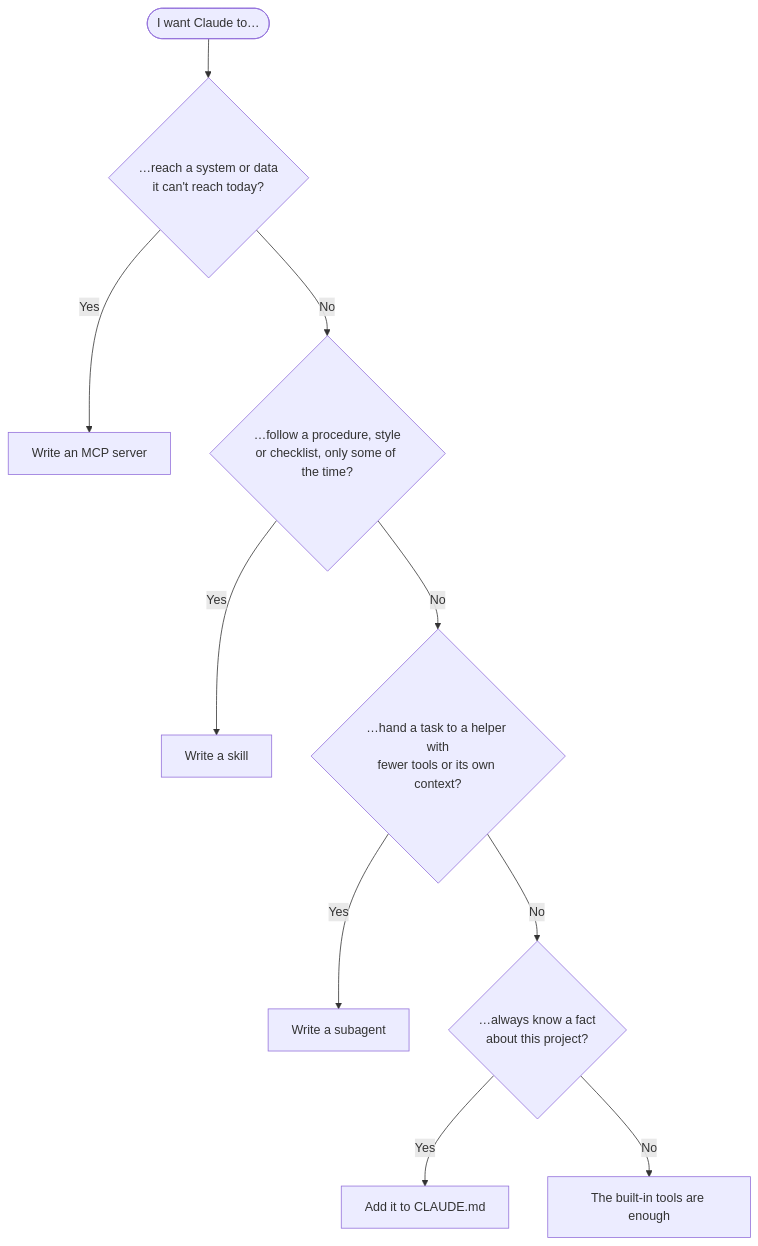
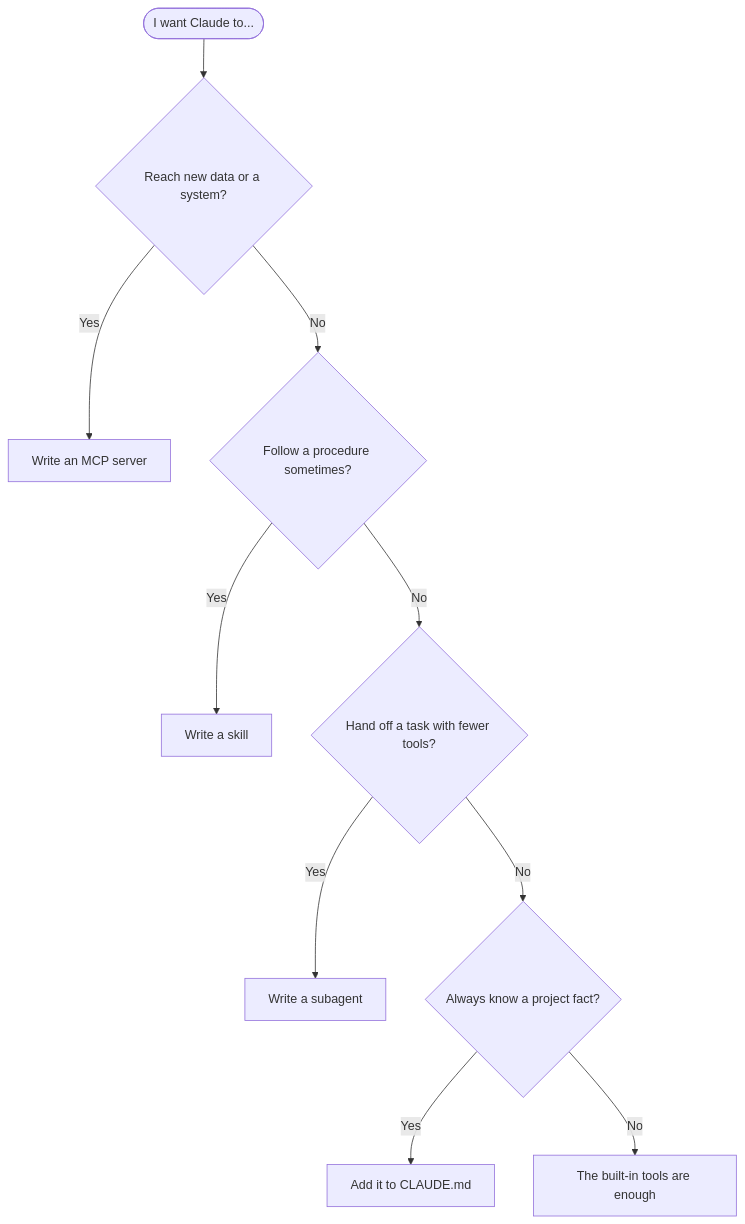
Before and after one commit to iportilla/agents: the ninth of 10 diagrams in docs/INTRO-TO-AGENTS.md, drawn with Mermaid. The commit also changed other lines of this file, not shown here.

First line of the commit message:
Make the intro guide's diagrams readable in Typora

````diff
--- a/docs/INTRO-TO-AGENTS.md
+++ b/docs/INTRO-TO-AGENTS.md
@@ -314,12 +308,12 @@
 ```mermaid
 flowchart TD
-    Start(["I want Claude to…"]) --> Q1{"…reach a system or data<br/>it can't reach today?"}
+    Start(["I want Claude to..."]) --> Q1{"Reach new data or a system?"}
     Q1 -->|Yes| MCP["Write an MCP server"]
-    Q1 -->|No| Q2{"…follow a procedure, style<br/>or checklist, only some of the time?"}
+    Q1 -->|No| Q2{"Follow a procedure sometimes?"}
     Q2 -->|Yes| SK["Write a skill"]
-    Q2 -->|No| Q3{"…hand a task to a helper with<br/>fewer tools or its own context?"}
+    Q2 -->|No| Q3{"Hand off a task with fewer tools?"}
     Q3 -->|Yes| SUB["Write a subagent"]
-    Q3 -->|No| Q4{"…always know a fact<br/>about this project?"}
+    Q3 -->|No| Q4{"Always know a project fact?"}
     Q4 -->|Yes| MD["Add it to CLAUDE.md"]
     Q4 -->|No| BI["The built-in tools are enough"]
 ```
````
